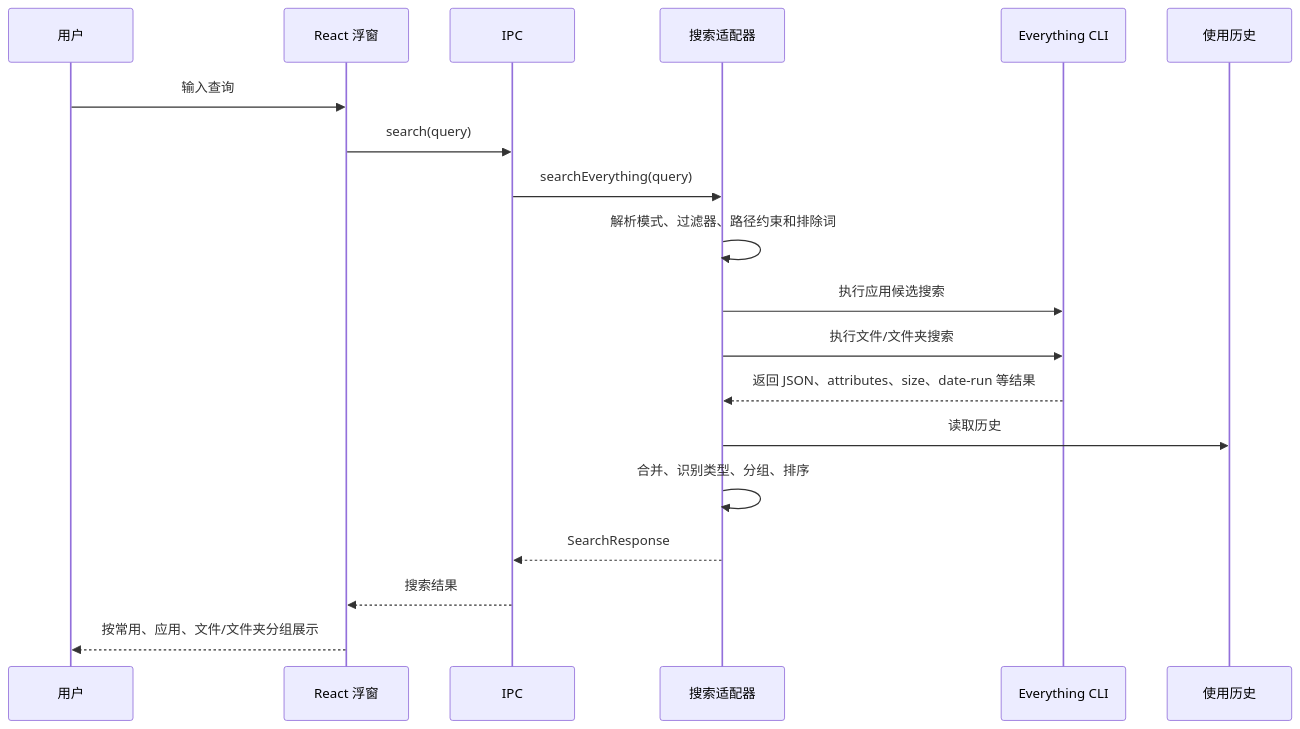
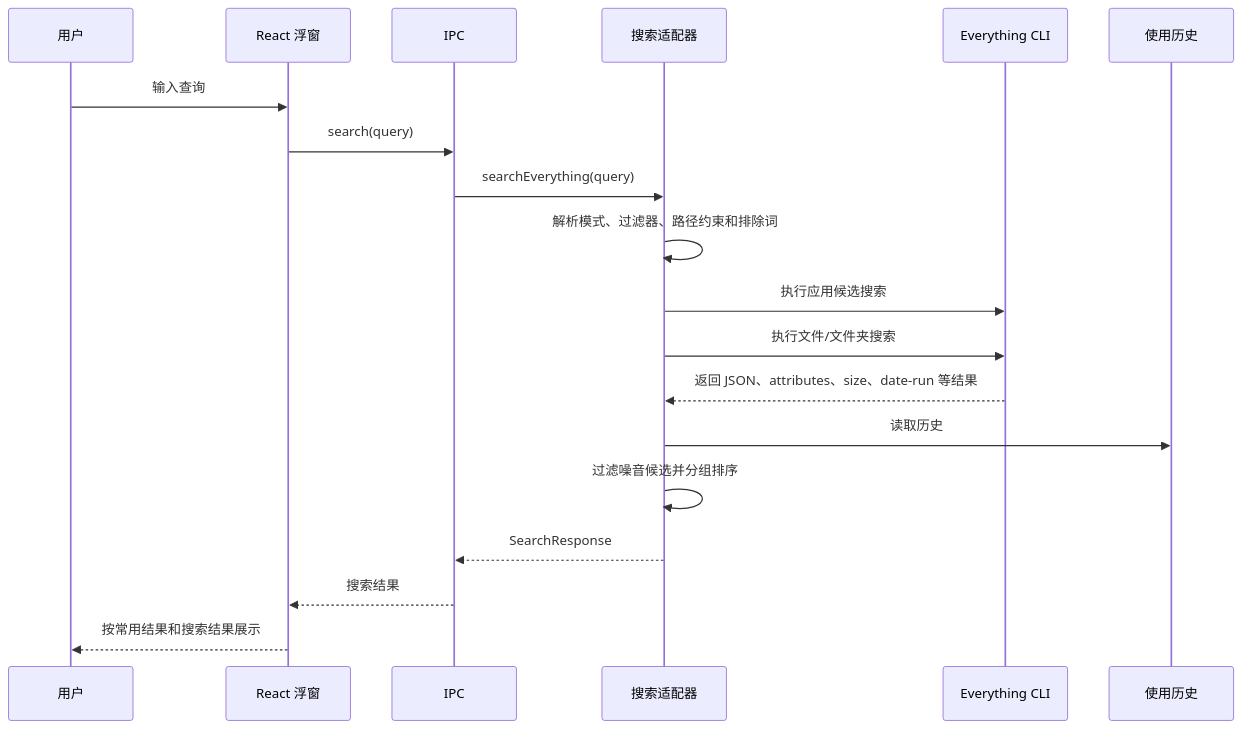
Before and after one commit to bfs1201/everything-desktop-search: the third of 3 diagrams in README.md, drawn with Mermaid. The commit also changed other lines of this file and 13 other files, not shown here.

````diff
--- a/README.md
+++ b/README.md
@@ -141,22 +148,22 @@
 ```mermaid
 sequenceDiagram
   participant U as 用户
   participant R as React 浮窗
   participant I as IPC
   participant S as 搜索适配器
   participant E as Everything CLI
   participant H as 使用历史
 
   U->>R: 输入查询
   R->>I: search(query)
   I->>S: searchEverything(query)
   S->>S: 解析模式、过滤器、路径约束和排除词
   S->>E: 执行应用候选搜索
   S->>E: 执行文件/文件夹搜索
   E-->>S: 返回 JSON、attributes、size、date-run 等结果
   S->>H: 读取历史
-  S->>S: 合并、识别类型、分组、排序
+  S->>S: 过滤噪音候选并分组排序
   S-->>I: SearchResponse
   I-->>R: 搜索结果
-  R-->>U: 按常用、应用、文件/文件夹分组展示
+  R-->>U: 按常用结果和搜索结果展示
 ```
````
